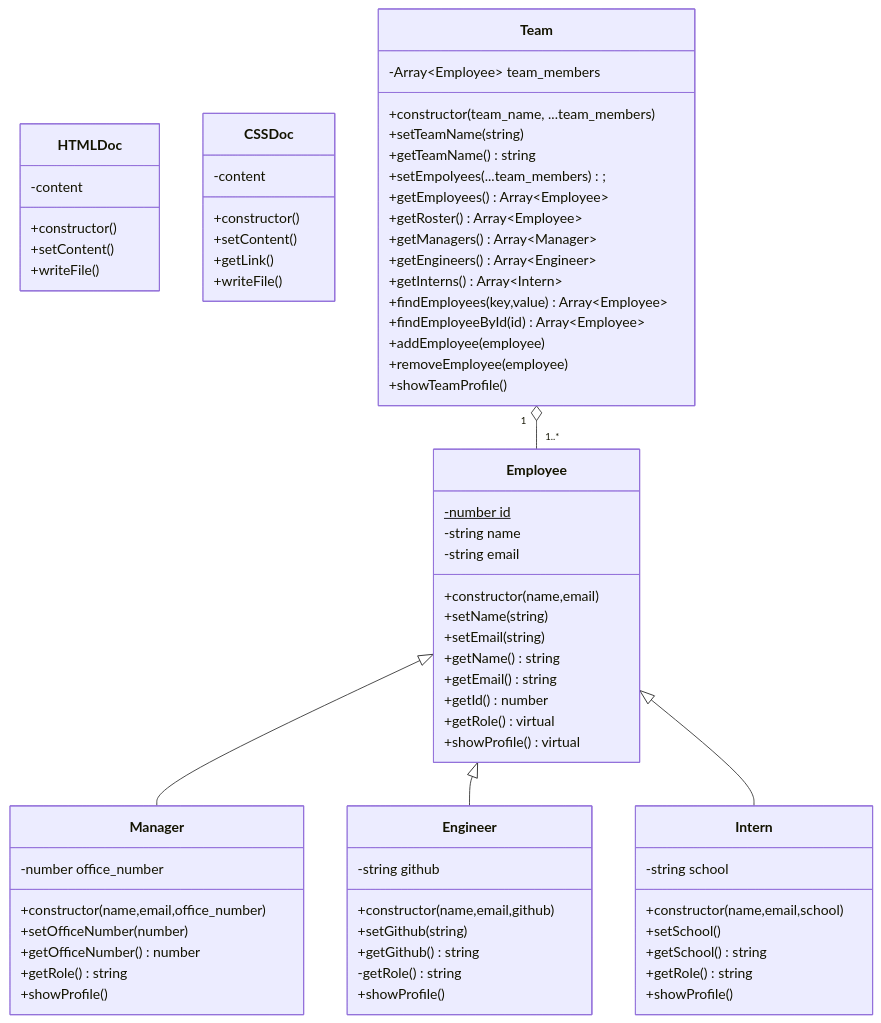
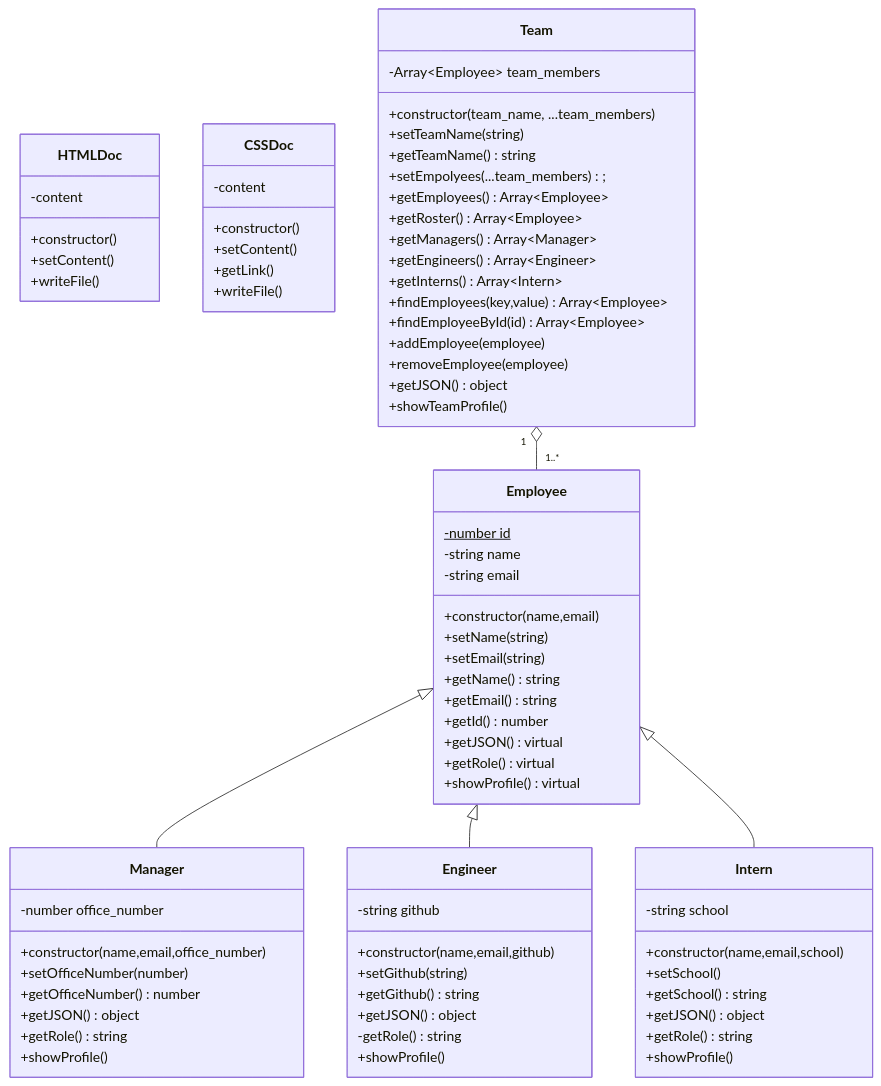
One commit to jrcharney/team-profile-generator changed the first of 2 diagrams in README.md. Above: the diagram before and after it, drawn with Mermaid. The commit also changed other lines of this file and 11 other files, not shown here.

```diff
--- a/README.md
+++ b/README.md
@@ -97,6 +97,7 @@
   +getName() string
   +getEmail() string
   +getId() number
+  +getJSON() virtual
   +getRole() virtual
   +showProfile() virtual
 }
@@ -106,6 +107,7 @@
   +constructor(name,email,office_number)
   +setOfficeNumber(number)
   +getOfficeNumber() number
+  +getJSON() object
   +getRole() string
   +showProfile()
 }
@@ -115,6 +117,7 @@
   +constructor(name,email,github)
   +setGithub(string)
   +getGithub() string
+  +getJSON() object
   -getRole() string
   +showProfile()
 }
@@ -124,6 +127,7 @@
   +constructor(name,email,school)
   +setSchool()
   +getSchool() string
+  +getJSON() object
   +getRole() string
   +showProfile()
 }
@@ -143,6 +147,7 @@
  +findEmployeeById(id) Array~Employee~
  +addEmployee(employee)
  +removeEmployee(employee)
+ +getJSON() object
  +showTeamProfile()
 }
 
```
